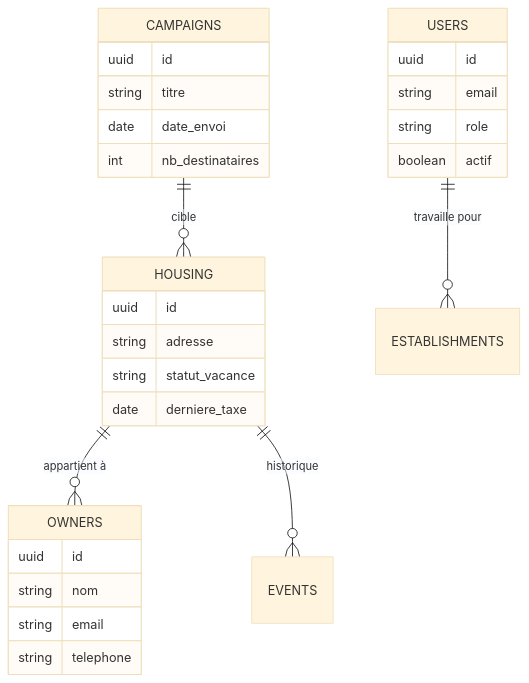
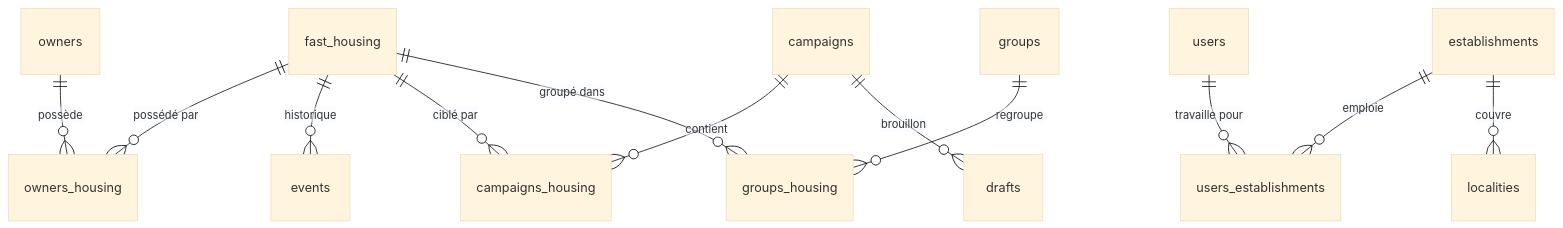
The fourth of 6 diagrams in docs/technical/DAT-Dossier-Architecture-Technique.md (MTES-MCT/zero-logement-vacant), drawn with Mermaid (base theme) before and after one commit. The commit also changed other lines of this file and 3 other files, not shown here.

````diff
--- a/docs/technical/DAT-Dossier-Architecture-Technique.md
+++ b/docs/technical/DAT-Dossier-Architecture-Technique.md
@@ -368,35 +452,14 @@
 ```mermaid
 erDiagram
-    HOUSING ||--o{ OWNERS : "appartient à"
-    HOUSING ||--o{ EVENTS : "historique"
-    CAMPAIGNS ||--o{ HOUSING : "cible"
-    USERS ||--o{ ESTABLISHMENTS : "travaille pour"
-
-    HOUSING {
-        uuid id
-        string adresse
-        string statut_vacance
-        date derniere_taxe
-    }
-
-    OWNERS {
-        uuid id
-        string nom
-        string email
-        string telephone
-    }
-
-    CAMPAIGNS {
-        uuid id
-        string titre
-        date date_envoi
-        int nb_destinataires
-    }
-
-    USERS {
-        uuid id
-        string email
-        string role
-        boolean actif
-    }
+    fast_housing ||--o{ owners_housing : "possédé par"
+    owners ||--o{ owners_housing : "possède"
+    fast_housing ||--o{ events : "historique"
+    campaigns ||--o{ campaigns_housing : "contient"
+    fast_housing ||--o{ campaigns_housing : "ciblé par"
+    users ||--o{ users_establishments : "travaille pour"
+    establishments ||--o{ users_establishments : "emploie"
+    establishments ||--o{ localities : "couvre"
+    campaigns ||--o{ drafts : "brouillon"
+    groups ||--o{ groups_housing : "regroupe"
+    fast_housing ||--o{ groups_housing : "groupé dans"
 ```
````
